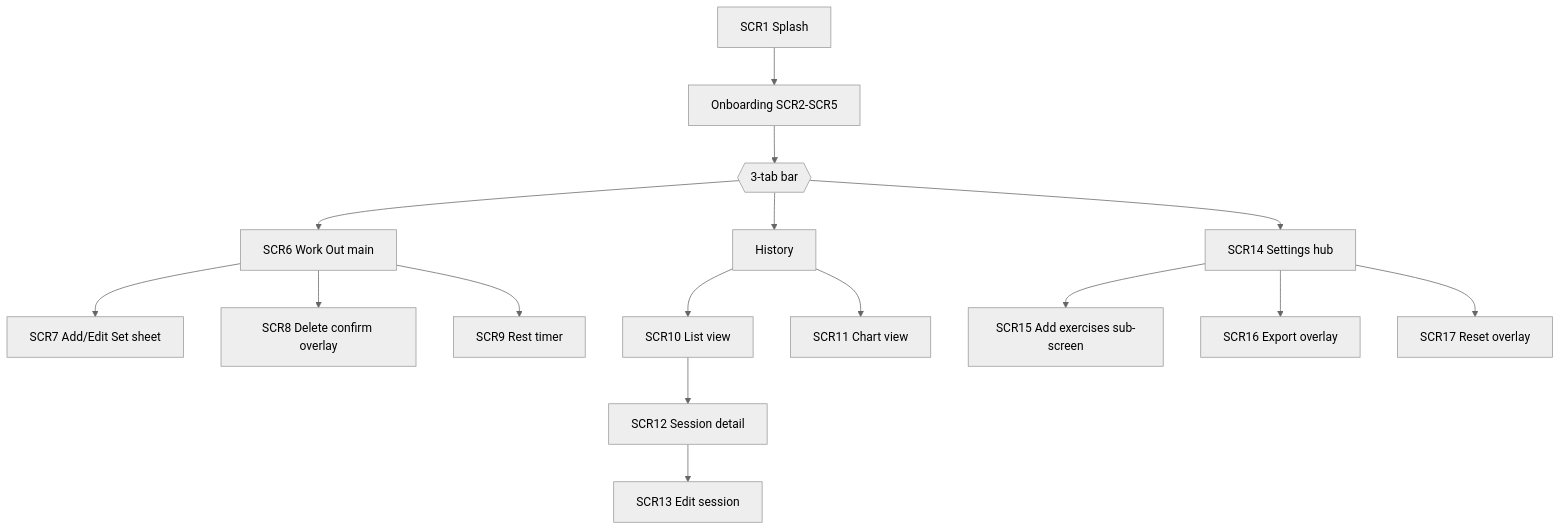
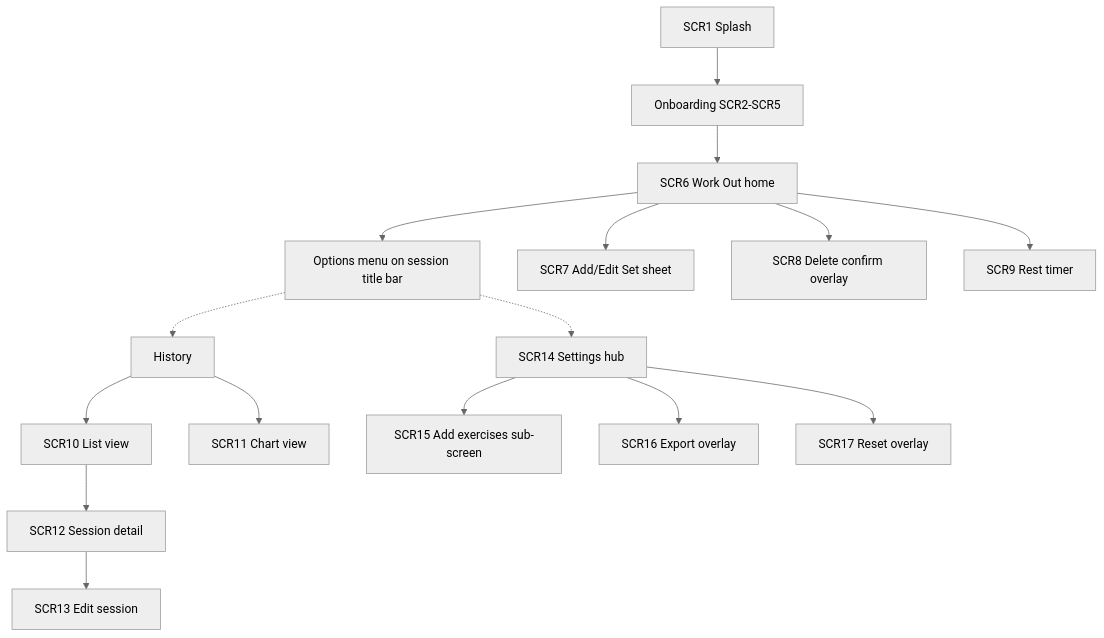
The third of 5 diagrams in docs/application-blueprint/blueprint.md (harsh-language/ultraload-expo), drawn with Mermaid (neutral theme) before and after one commit. The commit also changed other lines of this file and 43 other files, not shown here.

First line of the commit message:
Replace bottom tab bar with homepage options menu.

````diff
--- a/docs/application-blueprint/blueprint.md
+++ b/docs/application-blueprint/blueprint.md
@@ -143,18 +143,18 @@
 ```mermaid
 flowchart TD
   splash["SCR1 Splash"] --> onb["Onboarding SCR2-SCR5"]
-  onb --> tabs{{"3-tab bar"}}
-  tabs --> wo["SCR6 Work Out main"]
-  tabs --> hist["History"]
-  tabs --> set["SCR14 Settings hub"]
+  onb --> wo["SCR6 Work Out home"]
+  wo --> menu["Options menu on session title bar"]
+  menu -.-> hist["History"]
+  menu -.-> set["SCR14 Settings hub"]
   wo --> sheet["SCR7 Add/Edit Set sheet"]
   wo --> del["SCR8 Delete confirm overlay"]
   wo --> timer["SCR9 Rest timer"]
   hist --> list["SCR10 List view"]
   hist --> chart["SCR11 Chart view"]
   list --> detail["SCR12 Session detail"]
   detail --> editS["SCR13 Edit session"]
   set --> addEx["SCR15 Add exercises sub-screen"]
   set --> exp["SCR16 Export overlay"]
   set --> reset["SCR17 Reset overlay"]
 ```
````
